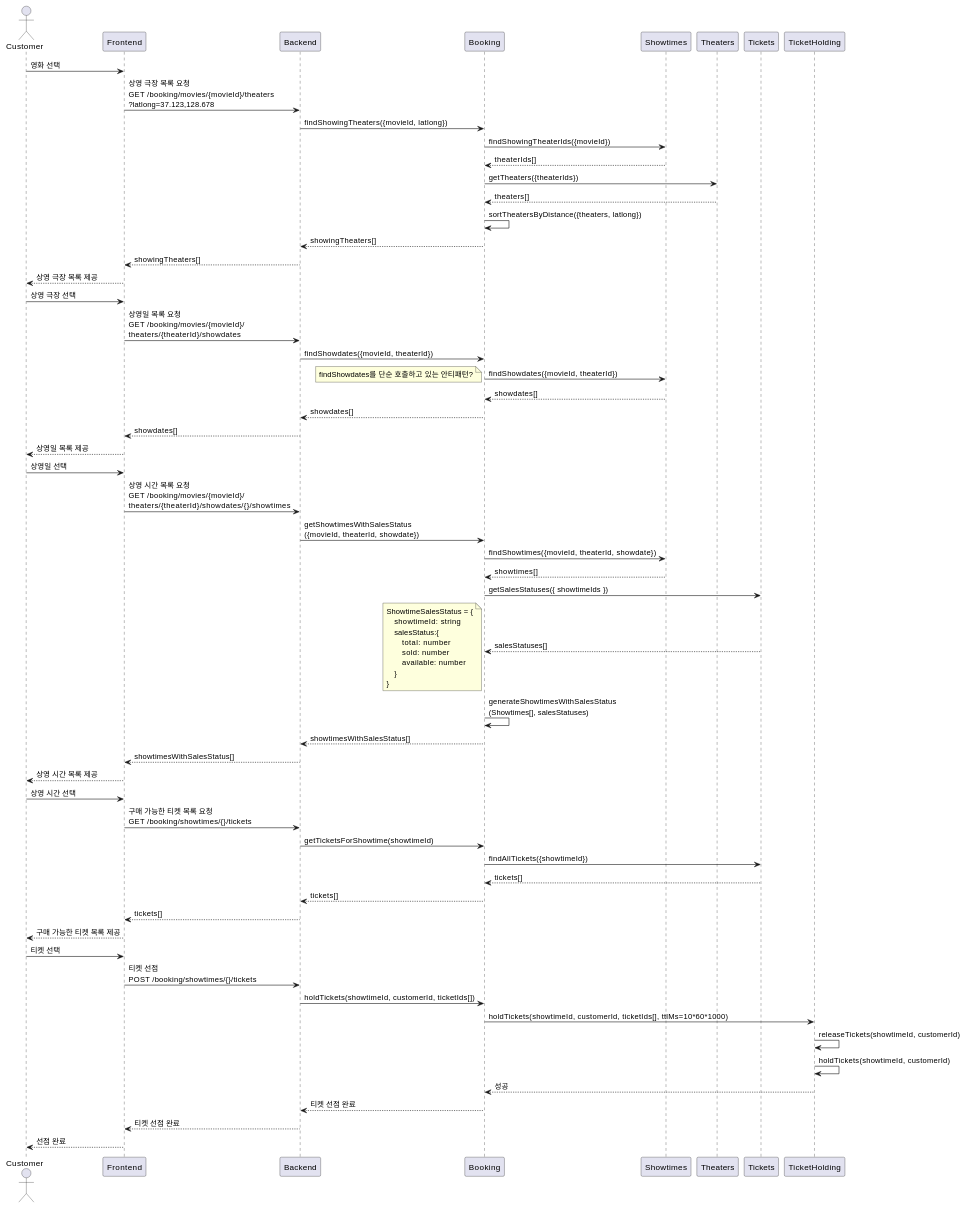
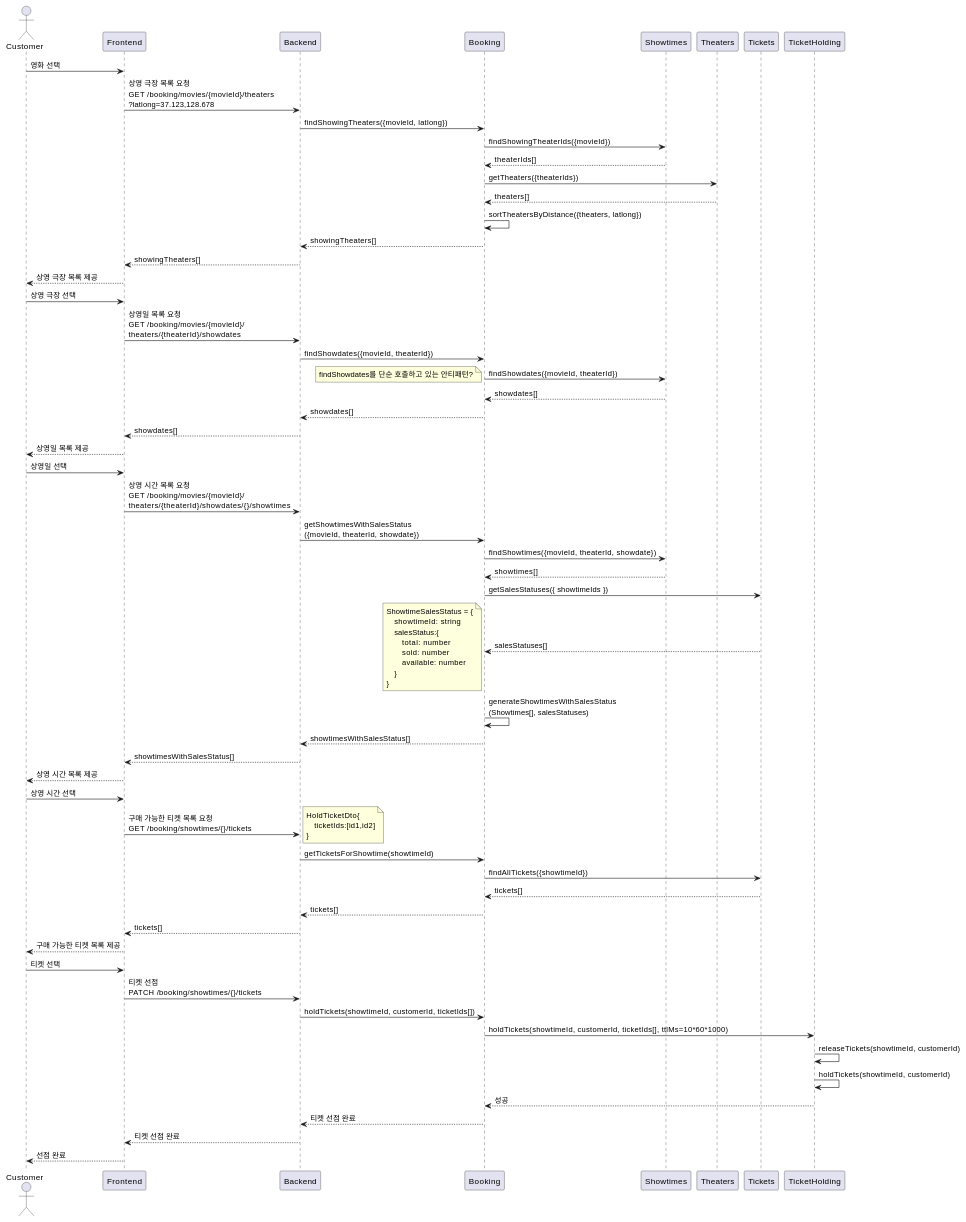
The second of 3 diagrams in docs/tickets-purchase.md (mannercode/nest-seed), drawn with PlantUML before and after one commit. The commit also changed 6 other files, not shown here.

````diff
--- a/docs/tickets-purchase.md
+++ b/docs/tickets-purchase.md
@@ -106,71 +106,76 @@
 ```plantuml
 @startuml
 actor Customer
 
 Customer -> Frontend: 영화 선택
     Frontend -> Backend: 상영 극장 목록 요청\nGET /booking/movies/{movieId}/theaters\n?latlong=37.123,128.678
         Backend -> Booking: findShowingTheaters({movieId, latlong})
             Booking -> Showtimes: findShowingTheaterIds({movieId})
             Booking <-- Showtimes: theaterIds[]
             Booking -> Theaters: getTheaters({theaterIds})
             Booking <-- Theaters: theaters[]
             Booking -> Booking: sortTheatersByDistance({theaters, latlong})
         Backend <-- Booking: showingTheaters[]
     Frontend <-- Backend: showingTheaters[]
 Customer <-- Frontend: 상영 극장 목록 제공
 
 Customer -> Frontend: 상영 극장 선택
     Frontend -> Backend: 상영일 목록 요청\nGET /booking/movies/{movieId}/\ntheaters/{theaterId}/showdates
         Backend -> Booking: findShowdates({movieId, theaterId})
             Booking -> Showtimes: findShowdates({movieId, theaterId})
                 note left
                 findShowdates를 단순 호출하고 있는 안티패턴?
                 end note
             Booking <-- Showtimes: showdates[]
         Backend <-- Booking: showdates[]
     Frontend <-- Backend: showdates[]
 Customer <-- Frontend: 상영일 목록 제공
 
 Customer -> Frontend: 상영일 선택
     Frontend -> Backend: 상영 시간 목록 요청\nGET /booking/movies/{movieId}/\ntheaters/{theaterId}/showdates/{}/showtimes
         Backend -> Booking: getShowtimesWithSalesStatus\n({movieId, theaterId, showdate})
             Booking -> Showtimes: findShowtimes({movieId, theaterId, showdate})
             Booking <-- Showtimes: showtimes[]
             Booking -> Tickets: getSalesStatuses({ showtimeIds })
             Booking <-- Tickets: salesStatuses[]
             note left
             ShowtimeSalesStatus = {
                 showtimeId: string
                 salesStatus:{
                     total: number
                     sold: number
                     available: number
                 }
             }
             end note
             Booking -> Booking: generateShowtimesWithSalesStatus\n(Showtimes[], salesStatuses)
         Backend <-- Booking: showtimesWithSalesStatus[]
     Frontend <-- Backend: showtimesWithSalesStatus[]
 Customer <-- Frontend: 상영 시간 목록 제공
 
 Customer -> Frontend: 상영 시간 선택
     Frontend -> Backend: 구매 가능한 티켓 목록 요청\nGET /booking/showtimes/{}/tickets
+    note right
+        HoldTicketDto{
+            ticketIds:[id1,id2]
+        }
+    end note
         Backend -> Booking: getTicketsForShowtime(showtimeId)
             Booking -> Tickets: findAllTickets({showtimeId})
             Booking <-- Tickets: tickets[]
         Backend <-- Booking: tickets[]
     Frontend <-- Backend: tickets[]
 Customer <-- Frontend: 구매 가능한 티켓 목록 제공
 
 Customer -> Frontend: 티켓 선택
-    Frontend -> Backend: 티켓 선점\nPOST /booking/showtimes/{}/tickets
+    Frontend -> Backend: 티켓 선점\nPATCH /booking/showtimes/{}/tickets
         Backend -> Booking: holdTickets(showtimeId, customerId, ticketIds[])
             Booking -> TicketHolding: holdTickets(showtimeId, customerId, ticketIds[], ttlMs=10*60*1000)
                 TicketHolding -> TicketHolding: releaseTickets(showtimeId, customerId)
                 TicketHolding -> TicketHolding: holdTickets(showtimeId, customerId)
             Booking <-- TicketHolding: 성공
         Backend <-- Booking: 티켓 선점 완료
     Frontend <-- Backend: 티켓 선점 완료
 Customer <-- Frontend: 선점 완료
 @enduml
 ```
````
